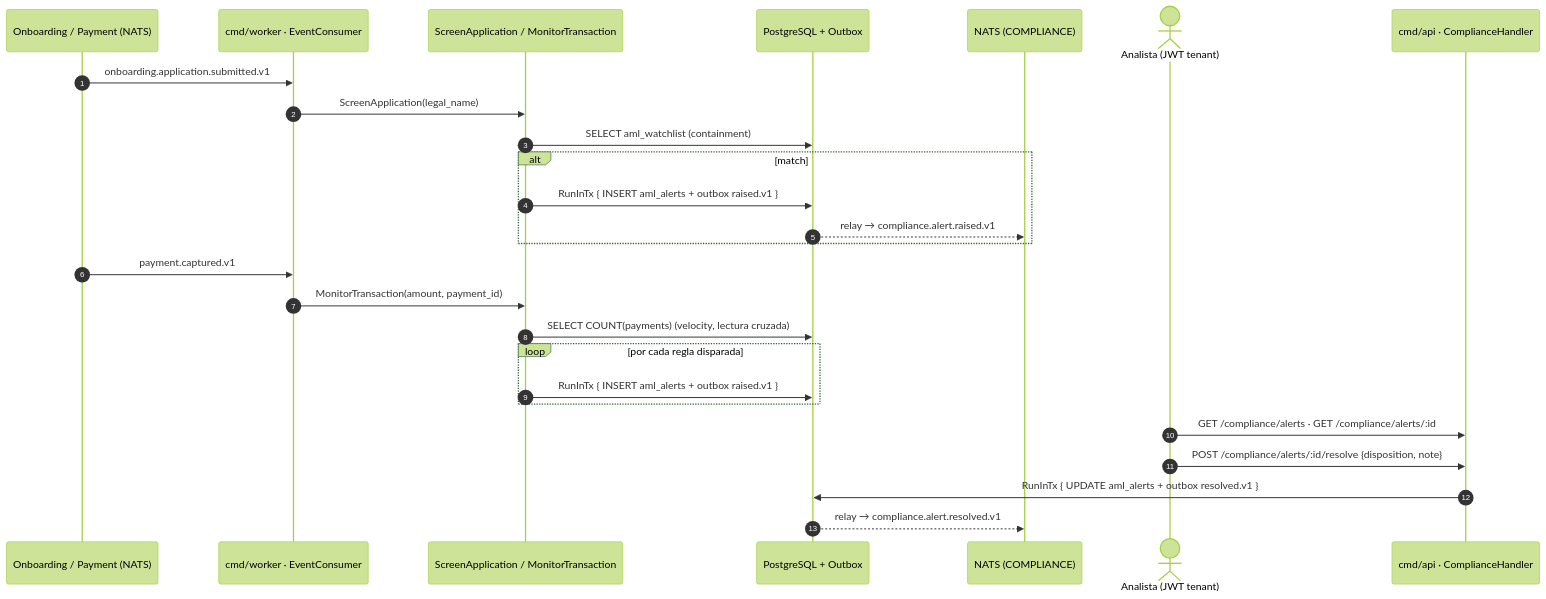
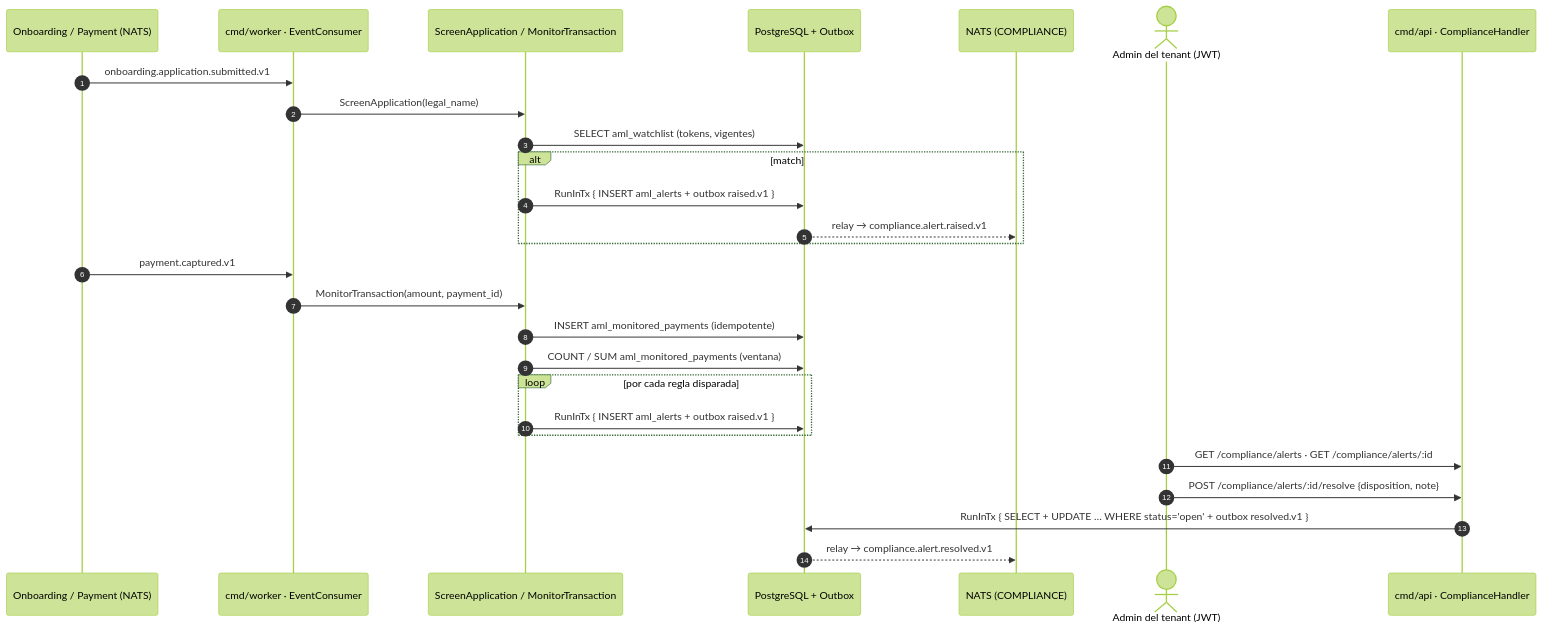
The first of 3 diagrams in docs/technical/COMPLIANCE.md (juantevez/cobros-platform), drawn with Mermaid (forest theme) before and after one commit. The commit also changed other lines of this file and 38 other files, not shown here.

````diff
--- a/docs/technical/COMPLIANCE.md
+++ b/docs/technical/COMPLIANCE.md
@@ -52,31 +56,32 @@
 ```mermaid
 sequenceDiagram
     autonumber
     participant SRC as Onboarding / Payment (NATS)
     participant W as cmd/worker · EventConsumer
     participant UC as ScreenApplication / MonitorTransaction
     participant DB as PostgreSQL + Outbox
     participant N as NATS (COMPLIANCE)
-    actor A as Analista (JWT tenant)
+    actor A as Admin del tenant (JWT)
     participant API as cmd/api · ComplianceHandler
 
     SRC->>W: onboarding.application.submitted.v1
     W->>UC: ScreenApplication(legal_name)
-    UC->>DB: SELECT aml_watchlist (containment)
+    UC->>DB: SELECT aml_watchlist (tokens, vigentes)
     alt match
         UC->>DB: RunInTx { INSERT aml_alerts + outbox raised.v1 }
         DB-->>N: relay → compliance.alert.raised.v1
     end
 
     SRC->>W: payment.captured.v1
     W->>UC: MonitorTransaction(amount, payment_id)
-    UC->>DB: SELECT COUNT(payments) (velocity, lectura cruzada)
+    UC->>DB: INSERT aml_monitored_payments (idempotente)
+    UC->>DB: COUNT / SUM aml_monitored_payments (ventana)
     loop por cada regla disparada
         UC->>DB: RunInTx { INSERT aml_alerts + outbox raised.v1 }
     end
 
     A->>API: GET /compliance/alerts · GET /compliance/alerts/:id
     A->>API: POST /compliance/alerts/:id/resolve {disposition, note}
-    API->>DB: RunInTx { UPDATE aml_alerts + outbox resolved.v1 }
+    API->>DB: RunInTx { SELECT + UPDATE … WHERE status='open' + outbox resolved.v1 }
     DB-->>N: relay → compliance.alert.resolved.v1
 ```
````
